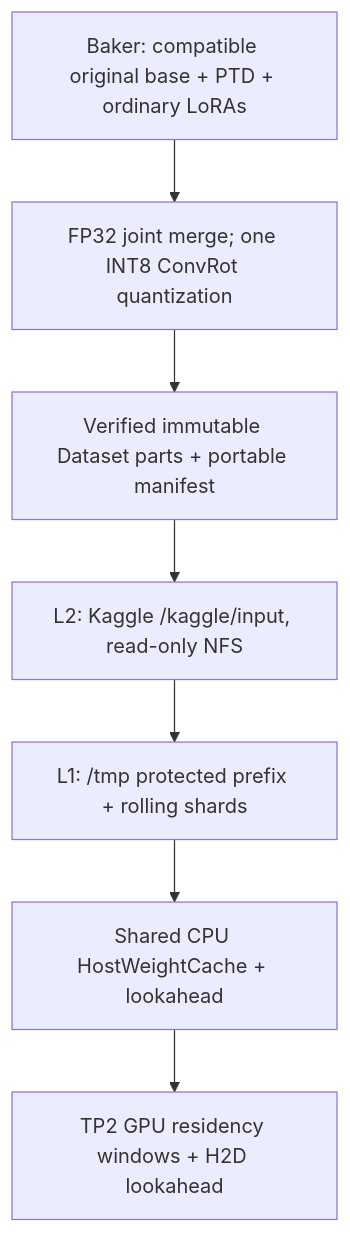
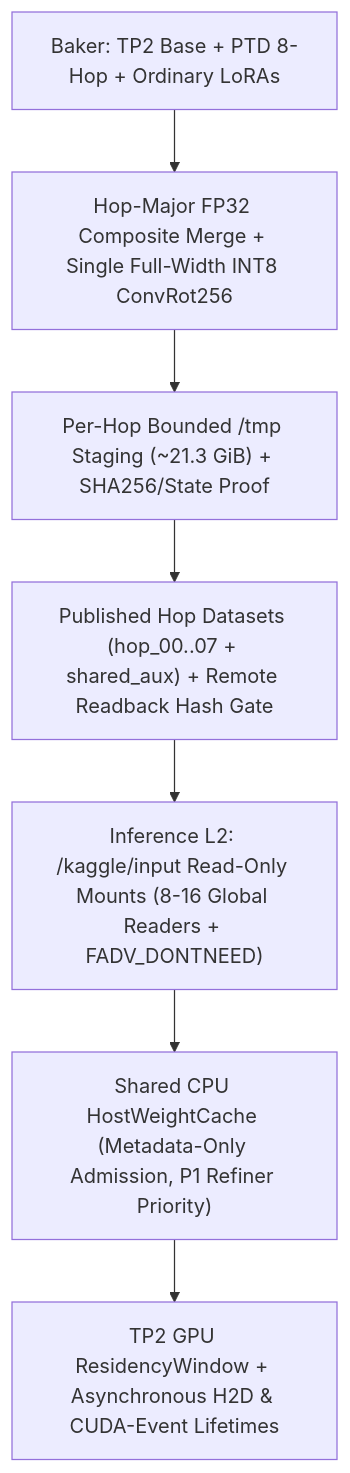
One commit to chinokikiss/minimax-h3-2xt4 changed the diagram in docs/design/H3_PTD_OFFLINE_BANK_TIERED_CACHE_PLAN_20261030.md. Above: the diagram before and after it, drawn with Mermaid. The commit also changed other lines of this file and 181 other files, not shown here.

Commit message:
Integrate PTD v2 Range2 host cache and retire legacy paths

````diff
--- a/docs/design/H3_PTD_OFFLINE_BANK_TIERED_CACHE_PLAN_20261030.md
+++ b/docs/design/H3_PTD_OFFLINE_BANK_TIERED_CACHE_PLAN_20261030.md
@@ -31,9 +51,9 @@
 ```mermaid
 flowchart TD
-  A["Baker: compatible original base + PTD + ordinary LoRAs"] --> B["FP32 joint merge; one INT8 ConvRot quantization"]
-  B --> C["Verified immutable Dataset parts + portable manifest"]
-  C --> D["L2: Kaggle /kaggle/input, read-only NFS"]
-  D --> E["L1: /tmp protected prefix + rolling shards"]
-  E --> F["Shared CPU HostWeightCache + lookahead"]
-  F --> G["TP2 GPU residency windows + H2D lookahead"]
+  A["Baker: TP2 Base + PTD 8-Hop + Ordinary LoRAs"] --> B["Hop-Major FP32 Composite Merge + Single Full-Width INT8 ConvRot256"]
+  B --> C["Per-Hop Bounded /tmp Staging (~21.3 GiB) + SHA256/State Proof"]
+  C --> D["Published Hop Datasets (hop_00..07 + shared_aux) + Remote Readback Hash Gate"]
+  D --> E["Inference L2: /kaggle/input Read-Only Mounts (8-16 Global Readers + FADV_DONTNEED)"]
+  E --> F["Shared CPU HostWeightCache (Metadata-Only Admission, P1 Refiner Priority)"]
+  F --> G["TP2 GPU ResidencyWindow + Asynchronous H2D & CUDA-Event Lifetimes"]
 ```
````
